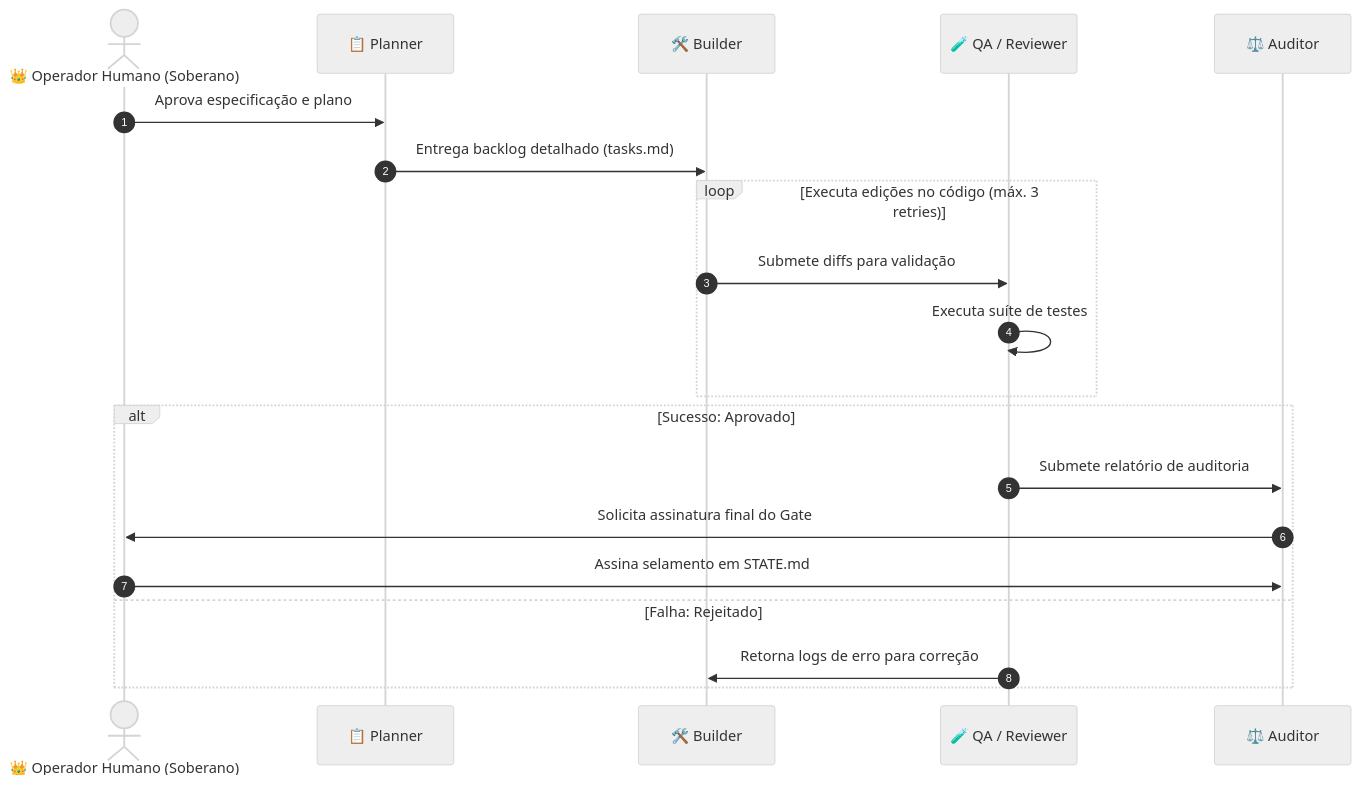
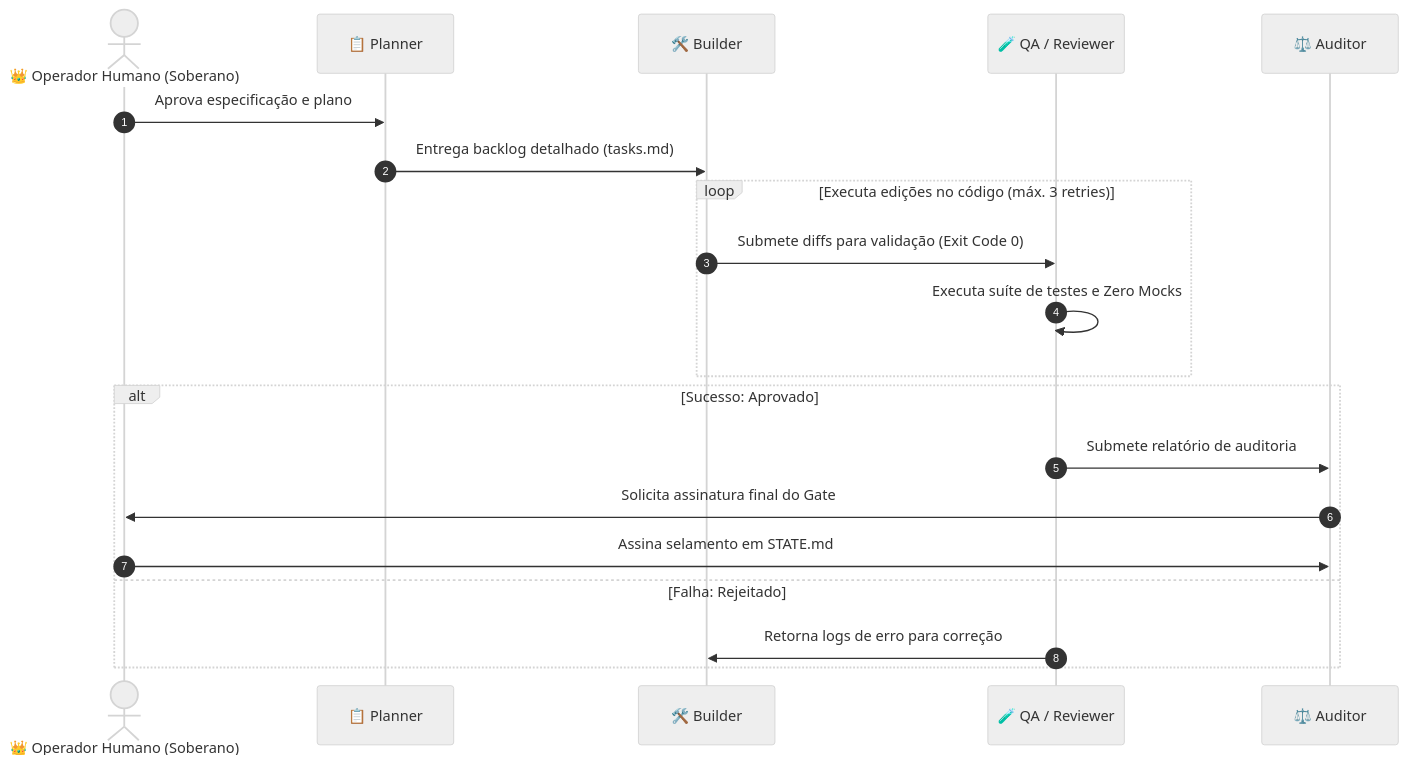
The fourth of 6 diagrams in README.md (EnterDufter/PromptCoreLabs_AEOS), drawn with Mermaid (neutral theme) before and after one commit. The commit also changed other lines of this file and 34 other files, not shown here.

First line of the commit message:
docs(aeos-v3.6): upgrade complete repository & Living Architecture portal with pure UTF-8, Dual-Track narrative & Cortex v7 diagrams

````diff
--- a/README.md
+++ b/README.md
@@ -185,23 +214,23 @@
 ```mermaid
 sequenceDiagram
     autonumber
     actor Operador as 👑 Operador Humano (Soberano)
     participant Planner as 📋 Planner
     participant Builder as 🛠️ Builder
     participant QA as 🧪 QA / Reviewer
     participant Auditor as ⚖️ Auditor
 
     Operador->>Planner: Aprova especificação e plano
     Planner->>Builder: Entrega backlog detalhado (tasks.md)
     loop Executa edições no código (máx. 3 retries)
-        Builder->>QA: Submete diffs para validação
-        QA->>QA: Executa suíte de testes
+        Builder->>QA: Submete diffs para validação (Exit Code 0)
+        QA->>QA: Executa suíte de testes e Zero Mocks
     end
     alt Sucesso: Aprovado
         QA->>Auditor: Submete relatório de auditoria
         Auditor->>Operador: Solicita assinatura final do Gate
         Operador->>Auditor: Assina selamento em STATE.md
     else Falha: Rejeitado
         QA->>Builder: Retorna logs de erro para correção
     end
 ```
````
